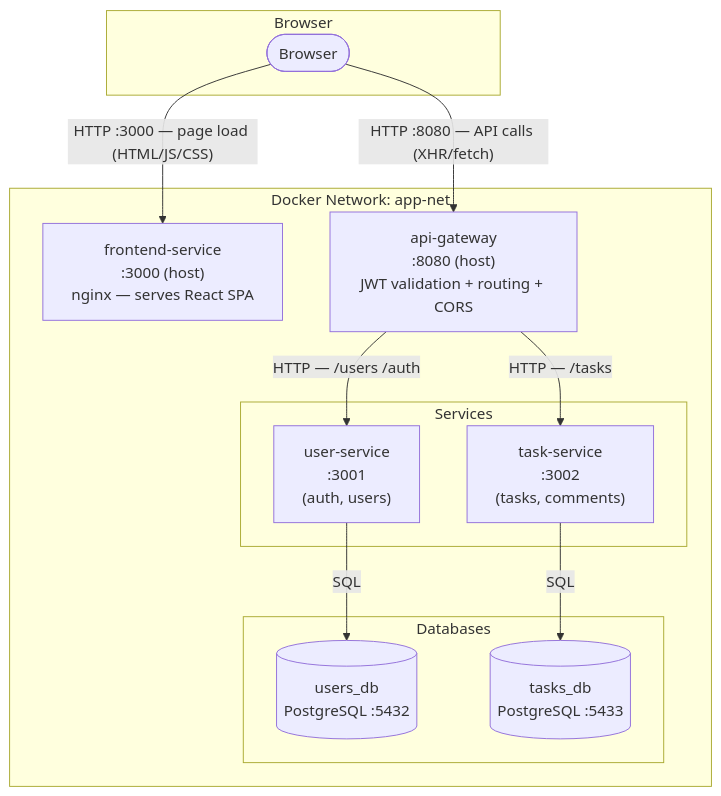
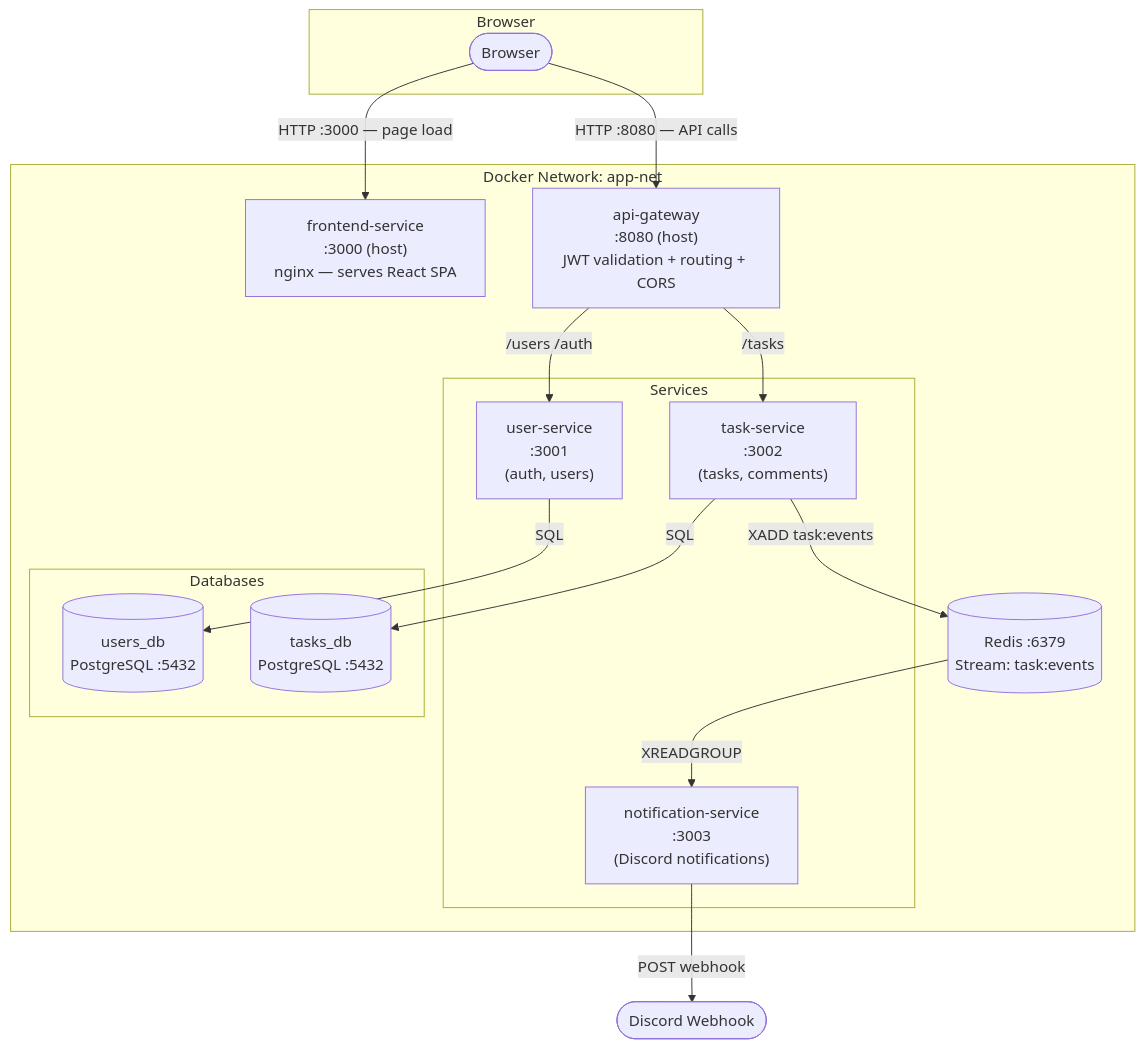
Before and after one commit to walterdmt88-taskmanager/docs: the first of 4 diagrams in docs/architecture.md, drawn with Mermaid. The commit also changed other lines of this file and 3 other files, not shown here.

````diff
--- a/docs/architecture.md
+++ b/docs/architecture.md
@@ -8,28 +5,36 @@
 ```mermaid
 graph TB
   subgraph Browser
     B([Browser])
   end
 
   subgraph "Docker Network: app-net"
     FE["frontend-service\n:3000 (host)\nnginx — serves React SPA"]
     GW["api-gateway\n:8080 (host)\nJWT validation + routing + CORS"]
 
     subgraph Services
       US["user-service\n:3001\n(auth, users)"]
       TS["task-service\n:3002\n(tasks, comments)"]
+      NS["notification-service\n:3003\n(Discord notifications)"]
     end
 
     subgraph Databases
       UDB[("users_db\nPostgreSQL :5432")]
-      TDB[("tasks_db\nPostgreSQL :5433")]
+      TDB[("tasks_db\nPostgreSQL :5432")]
     end
+
+    RD[("Redis :6379\nStream: task:events")]
   end
 
-  B -->|"HTTP :3000 — page load (HTML/JS/CSS)"| FE
-  B -->|"HTTP :8080 — API calls (XHR/fetch)"| GW
-  GW -->|"HTTP — /users /auth"| US
-  GW -->|"HTTP — /tasks"| TS
+  DSC([Discord Webhook])
+
+  B -->|"HTTP :3000 — page load"| FE
+  B -->|"HTTP :8080 — API calls"| GW
+  GW -->|"/users /auth"| US
+  GW -->|"/tasks"| TS
   US -->|SQL| UDB
   TS -->|SQL| TDB
+  TS -->|"XADD task:events"| RD
+  RD -->|"XREADGROUP"| NS
+  NS -->|"POST webhook"| DSC
 ```
````
